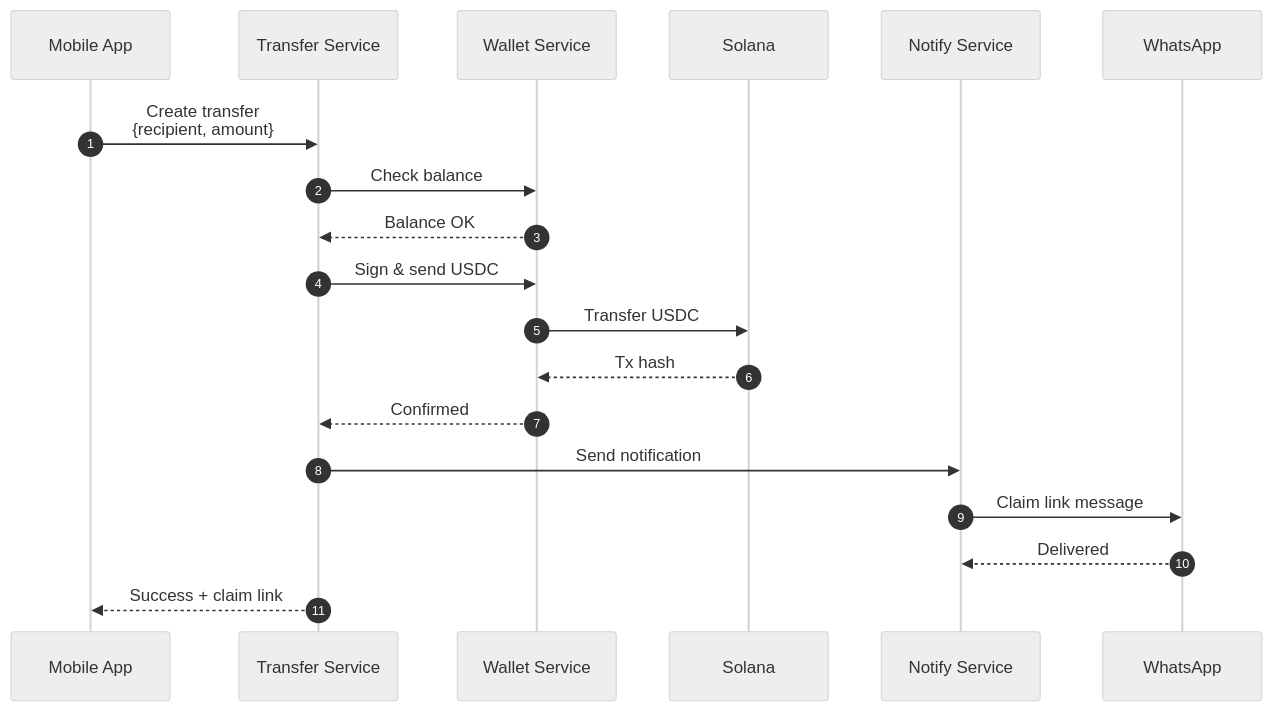
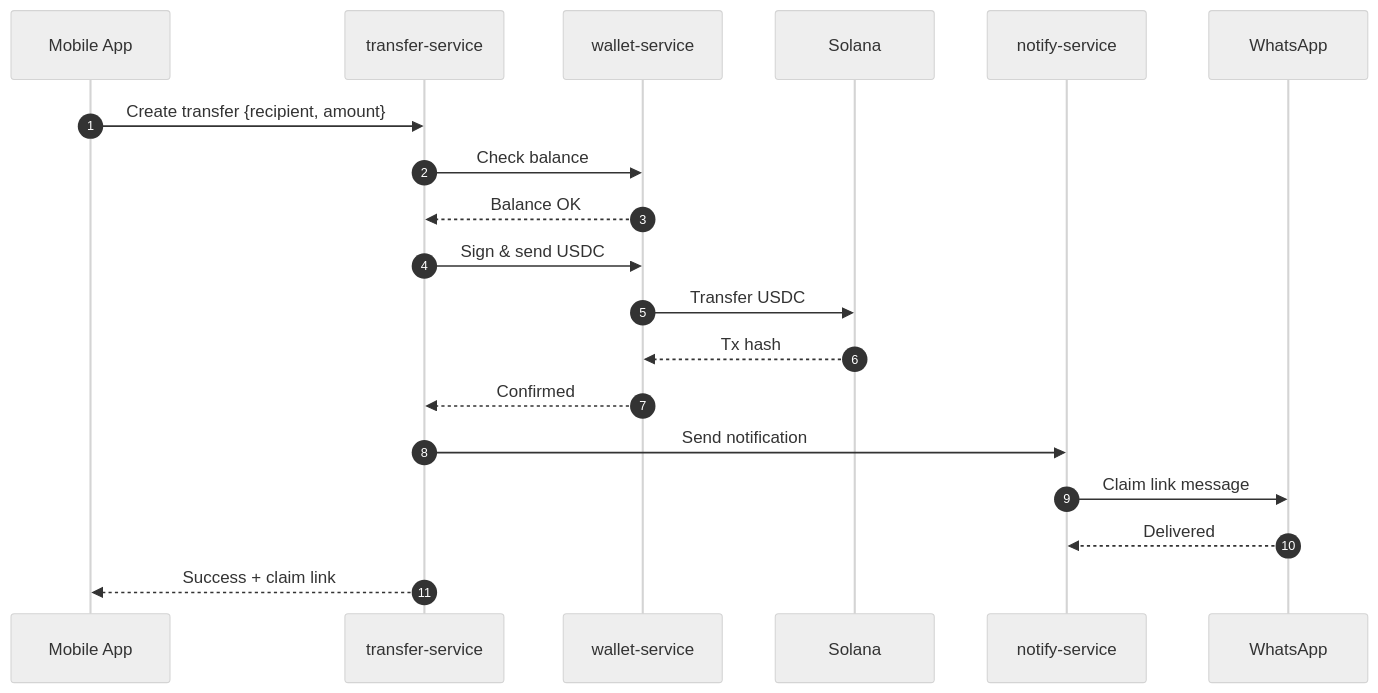
Before and after one commit to ping-cash/ping-cash: diagram 15 of 27 in docs/ARCHITECTURE.md, drawn with Mermaid (neutral theme). The commit also changed other lines of this file and 35 other files, not shown here.

````diff
--- a/docs/ARCHITECTURE.md
+++ b/docs/ARCHITECTURE.md
@@ -379,22 +962,22 @@
 ```mermaid
 sequenceDiagram
     autonumber
     participant M as Mobile App
-    participant T as Transfer Service
-    participant W as Wallet Service
+    participant T as transfer-service
+    participant W as wallet-service
     participant S as Solana
-    participant N as Notify Service
+    participant N as notify-service
     participant WA as WhatsApp
 
-    M->>T: Create transfer<br/>{recipient, amount}
+    M->>T: Create transfer {recipient, amount}
     T->>W: Check balance
     W-->>T: Balance OK
     T->>W: Sign & send USDC
     W->>S: Transfer USDC
     S-->>W: Tx hash
     W-->>T: Confirmed
     T->>N: Send notification
     N->>WA: Claim link message
     WA-->>N: Delivered
     T-->>M: Success + claim link
 ```
````
